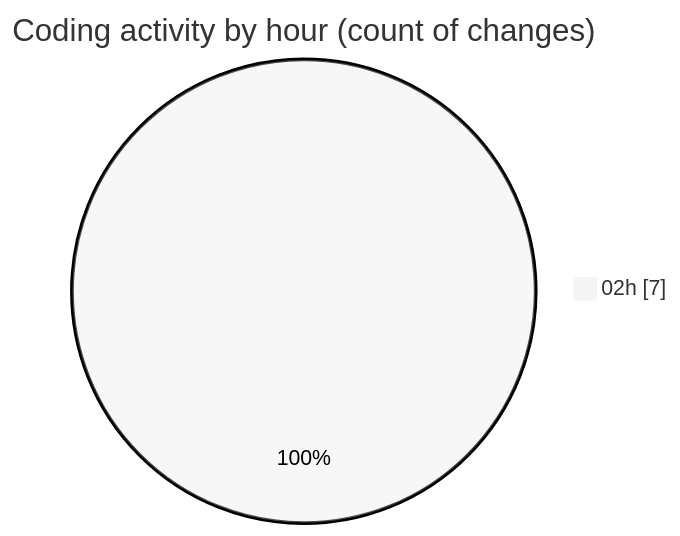
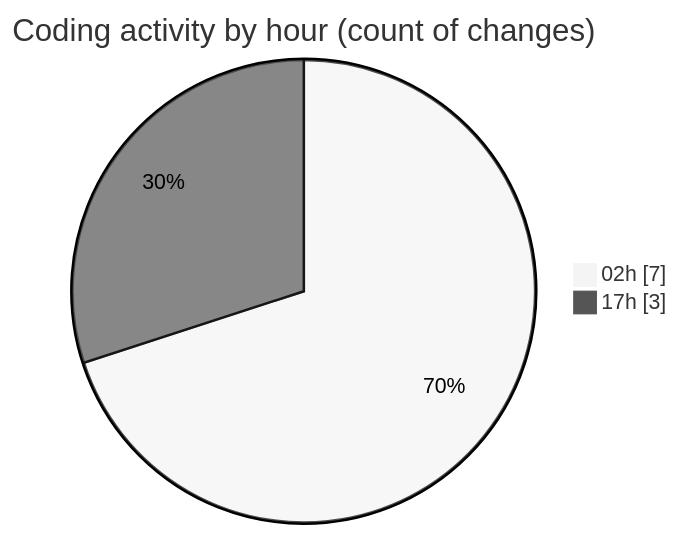
One commit to Netris89/code-tracking changed the second of 2 diagrams in 2025-04-05/back-end/README.md. Above: the diagram before and after it, drawn with Mermaid (neutral theme). The commit also changed other lines of this file and 1 other file, not shown here.

````diff
--- a/2025-04-05/back-end/README.md
+++ b/2025-04-05/back-end/README.md
@@ -29,5 +29,6 @@
 ```mermaid
 pie showData
 title Coding activity by hour (count of changes)
 "02h" : 7
+"17h" : 3
 ```
````
